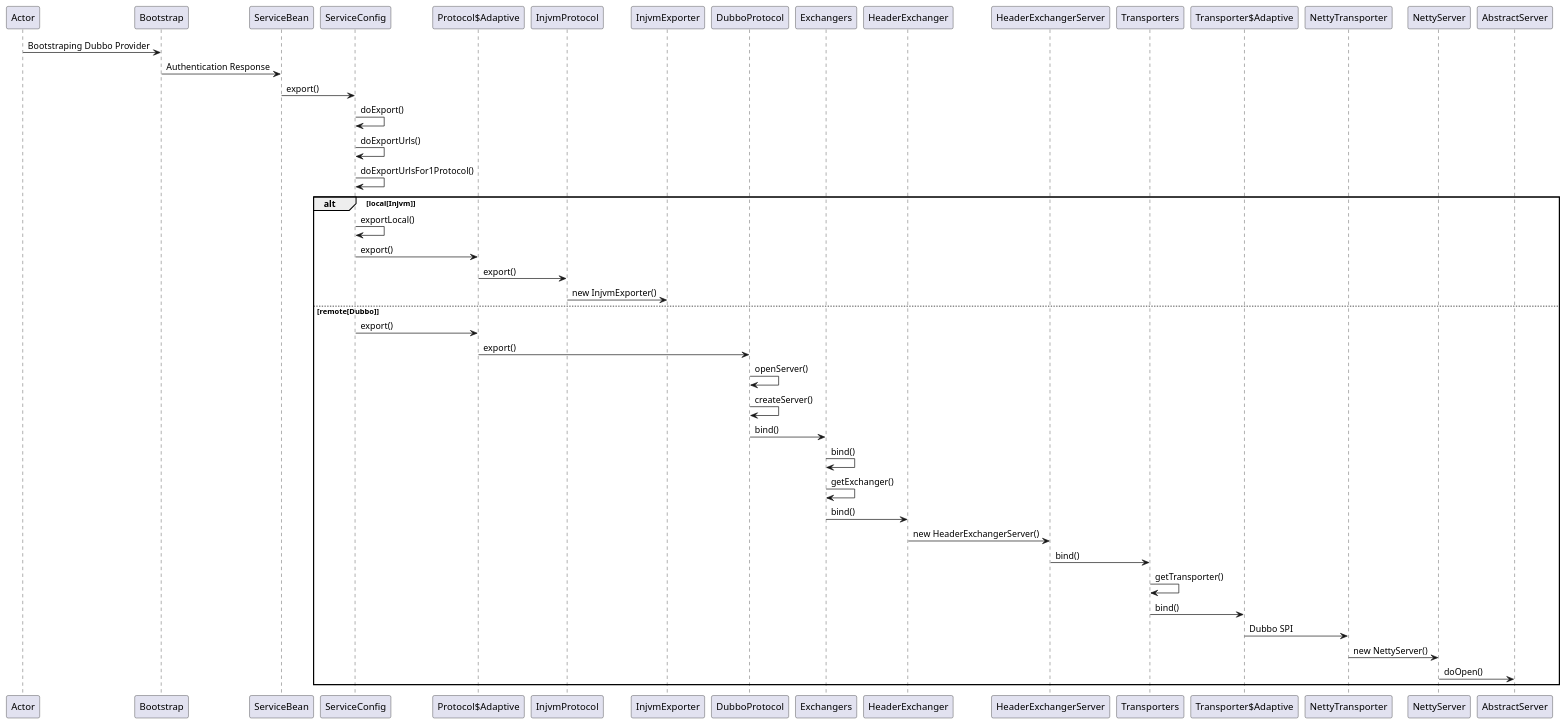
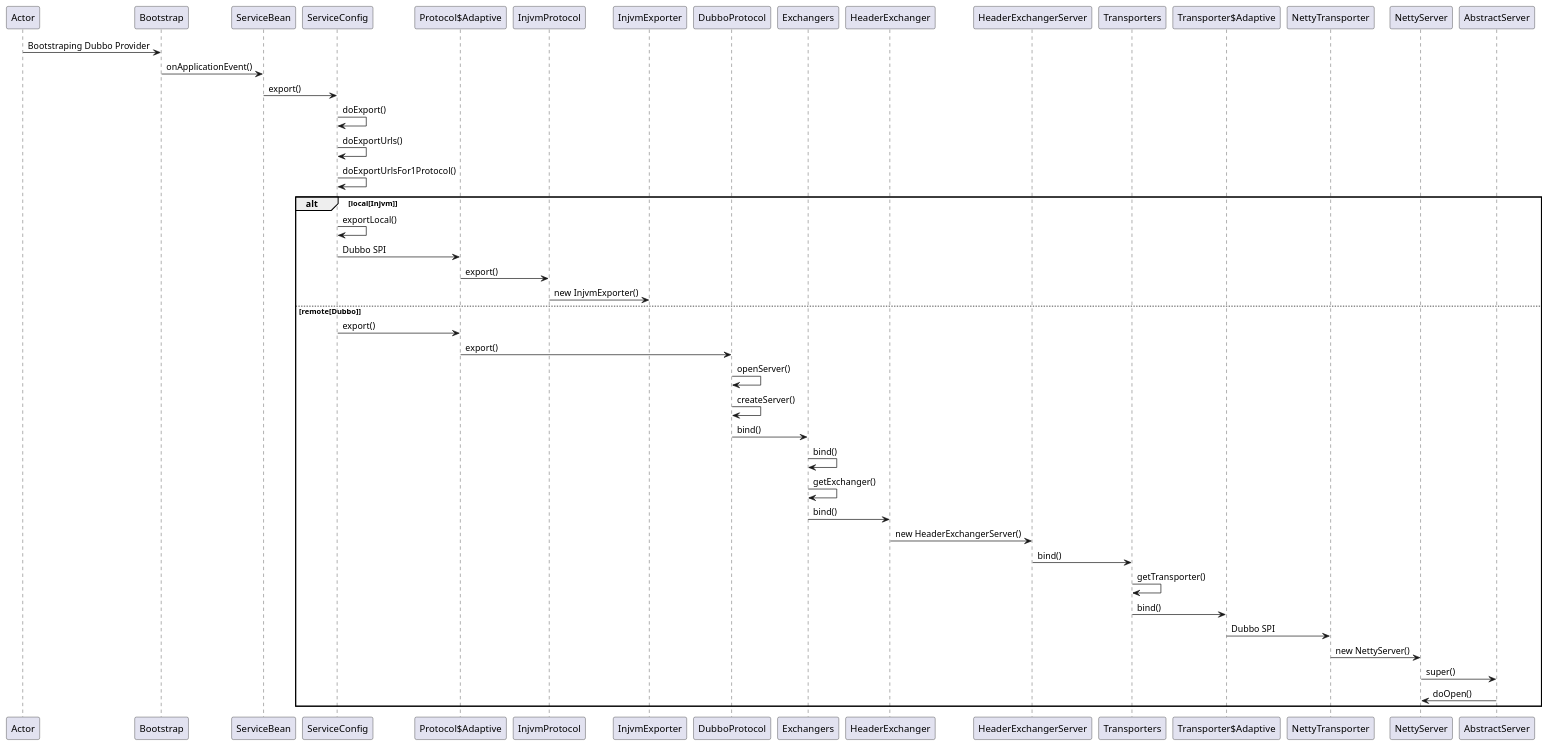
One commit to shuaijunlan/Spring-Learning changed the diagram in dubbo/sequence-uml/dubbo-provider.puml. Above: the diagram before and after it, drawn with PlantUML. The commit also changed 2 other files, not shown here.

```diff
--- a/dubbo/sequence-uml/dubbo-provider.puml
+++ b/dubbo/sequence-uml/dubbo-provider.puml
@@ -1,30 +1,31 @@
 @startuml
 Actor -> Bootstrap: Bootstraping Dubbo Provider
-Bootstrap -> ServiceBean: Authentication Response
+Bootstrap -> ServiceBean: onApplicationEvent()
 ServiceBean -> ServiceConfig: export()
 ServiceConfig -> ServiceConfig: doExport()
 ServiceConfig -> ServiceConfig: doExportUrls()
 ServiceConfig -> ServiceConfig: doExportUrlsFor1Protocol()
 alt local[Injvm]
 ServiceConfig -> ServiceConfig: exportLocal()
-ServiceConfig -> "Protocol$Adaptive": export()
+ServiceConfig -> "Protocol$Adaptive": Dubbo SPI
 "Protocol$Adaptive" -> InjvmProtocol: export()
 InjvmProtocol -> InjvmExporter: new InjvmExporter()
 else remote[Dubbo]
 ServiceConfig -> "Protocol$Adaptive": export()
 "Protocol$Adaptive" -> DubboProtocol: export()
 DubboProtocol -> DubboProtocol: openServer()
 DubboProtocol -> DubboProtocol: createServer()
 DubboProtocol -> Exchangers: bind()
 Exchangers -> Exchangers: bind()
 Exchangers -> Exchangers: getExchanger()
 Exchangers -> HeaderExchanger: bind()
 HeaderExchanger -> HeaderExchangerServer: new HeaderExchangerServer()
 HeaderExchangerServer -> Transporters: bind()
 Transporters -> Transporters: getTransporter()
 Transporters -> "Transporter$Adaptive": bind()
 "Transporter$Adaptive" -> NettyTransporter: Dubbo SPI
 NettyTransporter -> NettyServer: new NettyServer()
-NettyServer -> AbstractServer: doOpen()
+NettyServer -> AbstractServer: super()
+AbstractServer -> NettyServer: doOpen()
 end
 @enduml
```
